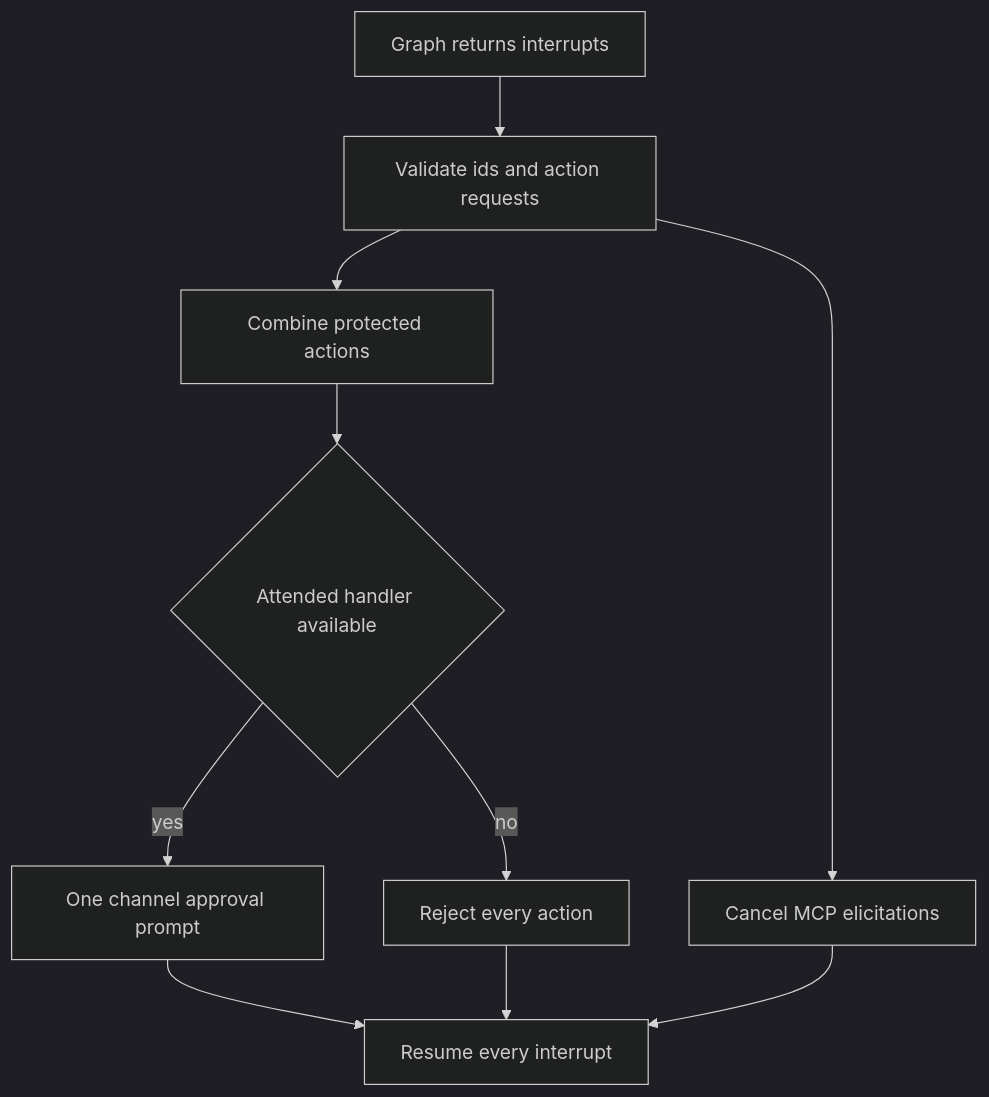
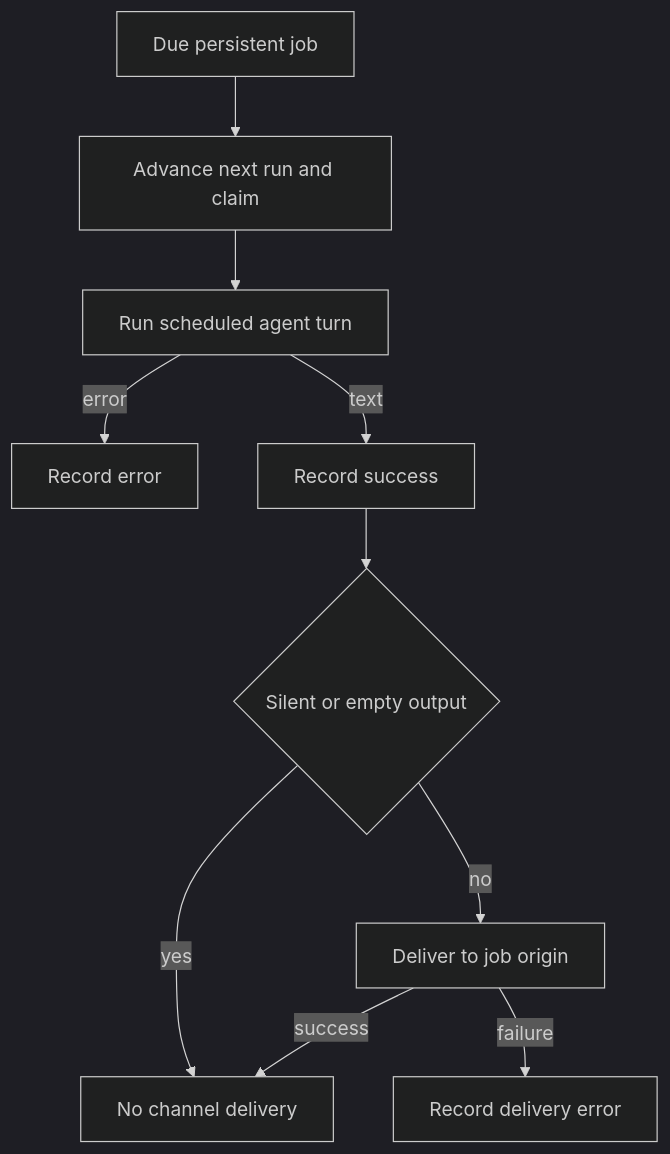
The second of 2 diagrams in openwiki/integrations/talon.md (langchain-ai/deepagents), drawn with Mermaid (dark theme) before and after one commit. The commit also changed other lines of this file and 16 other files, not shown here.

````diff
--- a/openwiki/integrations/talon.md
+++ b/openwiki/integrations/talon.md
@@ -113,12 +115,12 @@
 ```mermaid
 flowchart TD
-    Graph["Graph returns interrupts"] --> Validate["Validate ids and action requests"]
-    Validate --> Elicit["Cancel MCP elicitations"]
-    Validate --> Batch["Combine protected actions"]
-    Batch --> Handler{"Attended handler available"}
-    Handler -->|yes| Prompt["One channel approval prompt"]
-    Handler -->|no| Deny["Reject every action"]
-    Prompt --> Resume["Resume every interrupt"]
-    Deny --> Resume
-    Elicit --> Resume
+    Due["Due persistent job"] --> Claim["Advance next run and claim"]
+    Claim --> Run["Run scheduled agent turn"]
+    Run -->|error| RecordError["Record error"]
+    Run -->|text| RecordOK["Record success"]
+    RecordOK --> Silent{"Silent or empty output"}
+    Silent -->|yes| Done["No channel delivery"]
+    Silent -->|no| Deliver["Deliver to job origin"]
+    Deliver -->|failure| DeliveryError["Record delivery error"]
+    Deliver -->|success| Done
 ```
````
